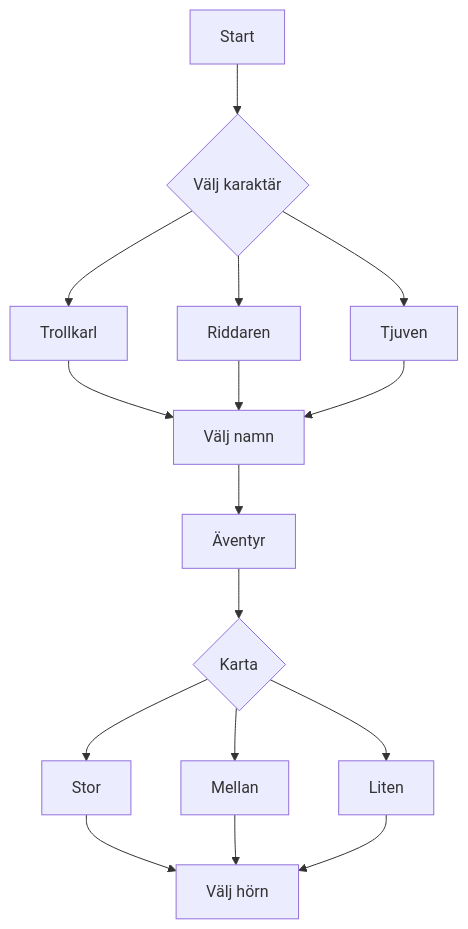
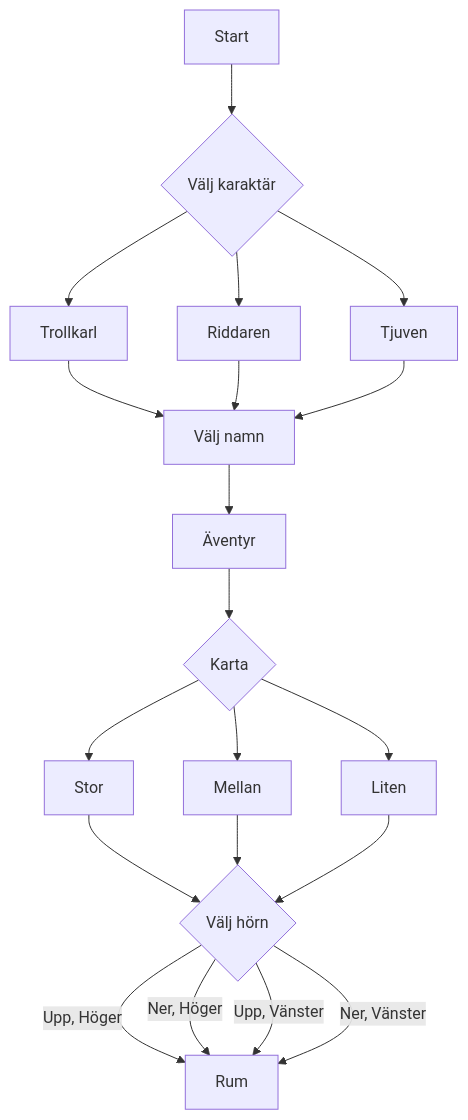
The diagram in sequence_diagram.md (MarioKhalaf/Lag-2), drawn with Mermaid before and after one commit.

````diff
--- a/sequence_diagram.md
+++ b/sequence_diagram.md
@@ -1,19 +1,25 @@
 ```mermaid
 graph TD
     A[Start] -->B{Välj karaktär}
     B --> D[Trollkarl]
     B --> E[Riddaren]
     B --> F[Tjuven]
     D --> G[Välj namn]
     E --> G[Välj namn]
     F --> G[Välj namn]
     G --> H[Äventyr]
     H --> I{Karta}
     I --> J[Stor]
     I --> K[Mellan]
     I --> L[Liten]
-    J --> M[Välj hörn]
-    K --> M[Välj hörn]
-    L --> M[Välj hörn]
+    J --> M{Välj hörn}
+    K --> M{Välj hörn}
+    L --> M{Välj hörn}
+    M --> |Upp, Höger| N[Rum]
+    M --> |Ner, Höger| N
+    M --> |Upp, Vänster| N
+    M --> |Ner, Vänster| N
+    
+    
     
 ```
````
